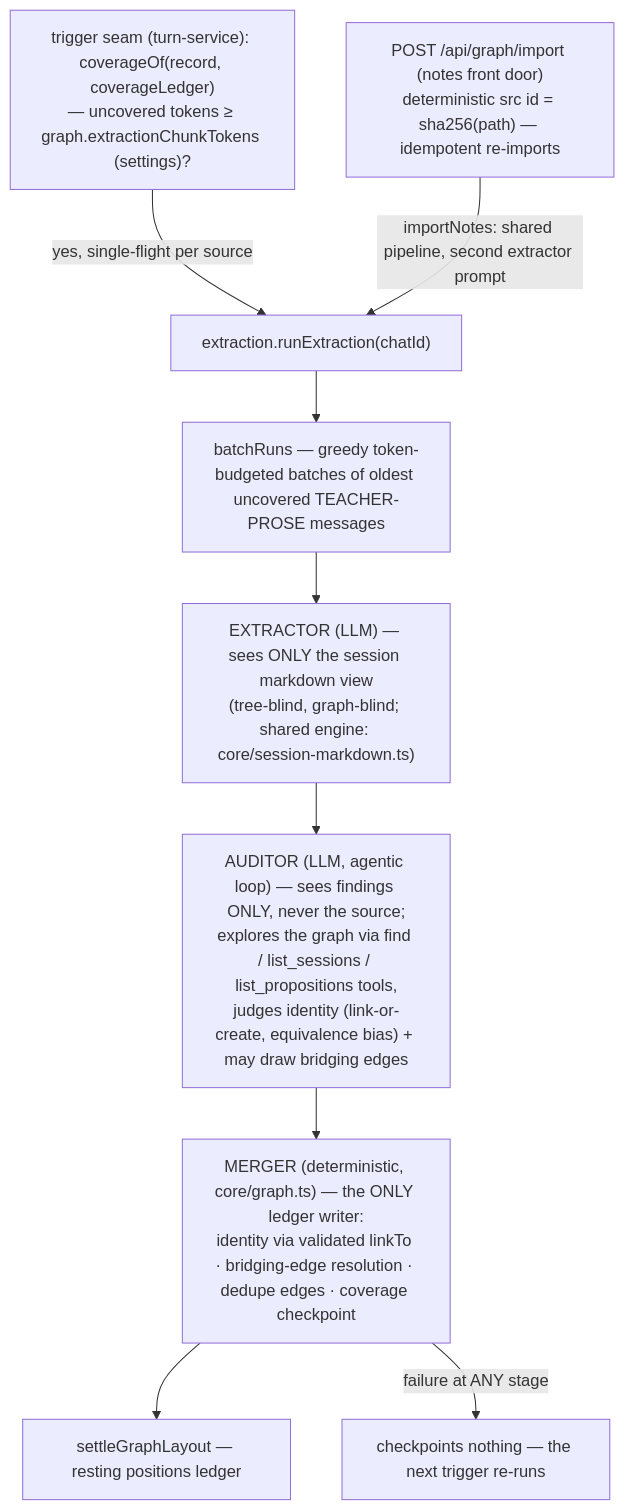
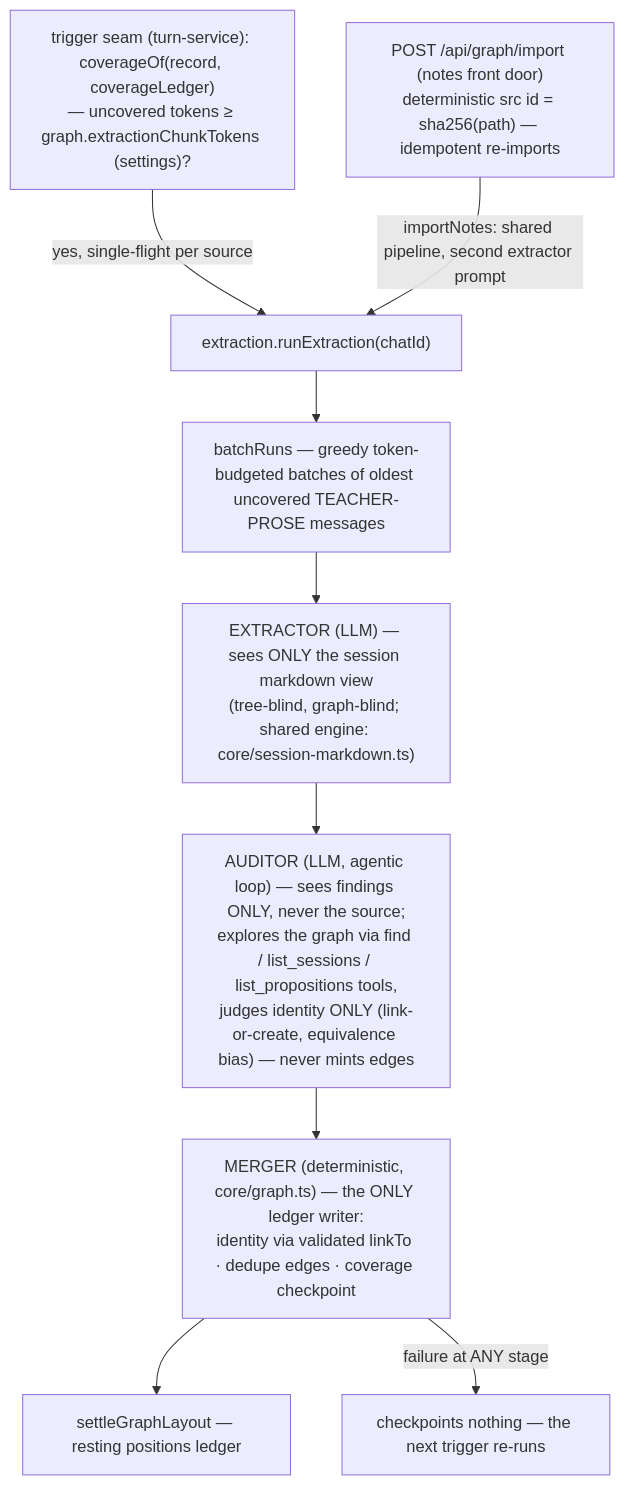
One commit to 0xCUB3/learnharness changed the sixth of 7 diagrams in docs/architecture.md. Above: the diagram before and after it, drawn with Mermaid. The commit also changed other lines of this file and 5 other files, not shown here.

First line of the commit message:
Auditor submits links ONLY — the edges argument is gone (owner, 2026-09-28 evening)

````diff
--- a/docs/architecture.md
+++ b/docs/architecture.md
@@ -329,11 +329,11 @@
 ```mermaid
 flowchart TB
     TRIG["trigger seam (turn-service): coverageOf(record, coverageLedger)<br/>— uncovered tokens ≥ graph.extractionChunkTokens (settings)?"] -->|"yes, single-flight per source"| RUN["extraction.runExtraction(chatId)"]
     IMPORT["POST /api/graph/import (notes front door)<br/>deterministic src id = sha256(path) — idempotent re-imports"] -->|"importNotes: shared pipeline, second extractor prompt"| RUN
     RUN --> BATCH["batchRuns — greedy token-budgeted batches of oldest uncovered TEACHER-PROSE messages"]
     BATCH --> EXT["EXTRACTOR (LLM) — sees ONLY the session markdown view<br/>(tree-blind, graph-blind; shared engine: core/session-markdown.ts)"]
-    EXT --> AUD["AUDITOR (LLM, agentic loop) — sees findings ONLY, never the source;<br/>explores the graph via find / list_sessions / list_propositions tools,<br/>judges identity (link-or-create, equivalence bias) + may draw bridging edges"]
-    AUD --> MERGE["MERGER (deterministic, core/graph.ts) — the ONLY ledger writer:<br/>identity via validated linkTo · bridging-edge resolution · dedupe edges · coverage checkpoint"]
+    EXT --> AUD["AUDITOR (LLM, agentic loop) — sees findings ONLY, never the source;<br/>explores the graph via find / list_sessions / list_propositions tools,<br/>judges identity ONLY (link-or-create, equivalence bias) — never mints edges"]
+    AUD --> MERGE["MERGER (deterministic, core/graph.ts) — the ONLY ledger writer:<br/>identity via validated linkTo · dedupe edges · coverage checkpoint"]
     MERGE --> SETTLE["settleGraphLayout — resting positions ledger"]
     MERGE -->|"failure at ANY stage"| NOTHING["checkpoints nothing — the next trigger re-runs"]
 ```
````
